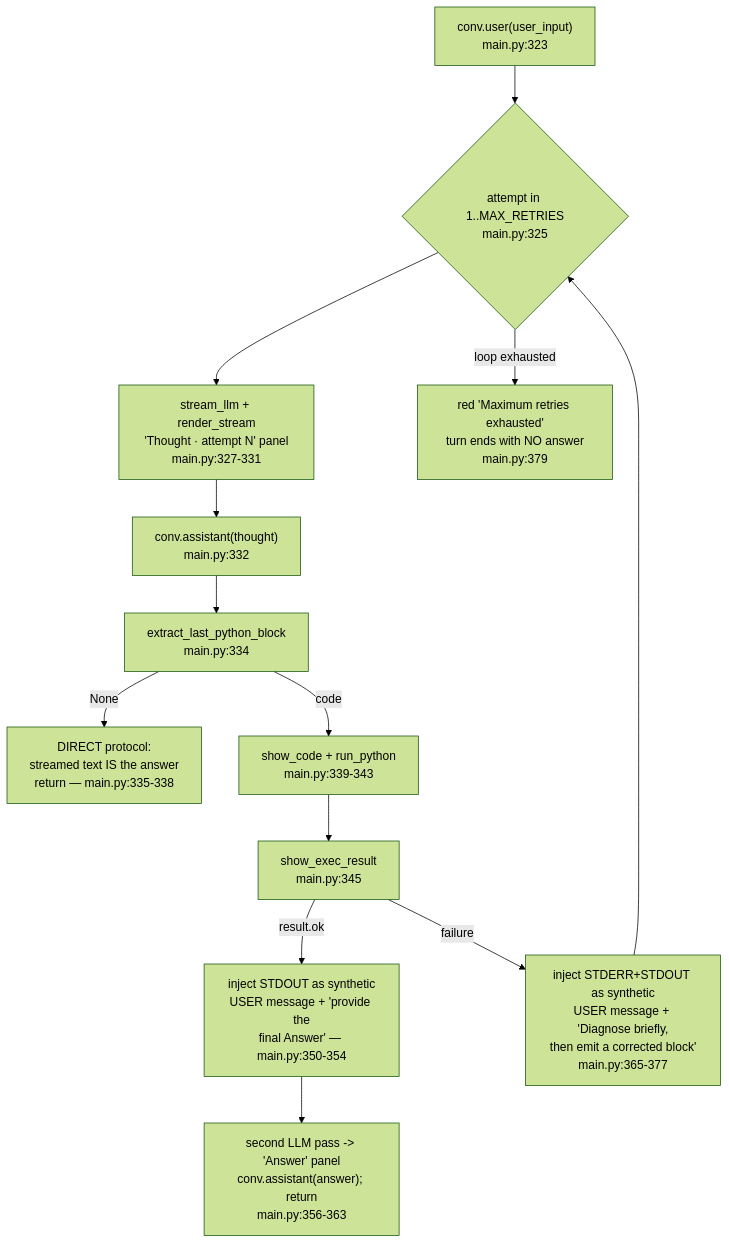
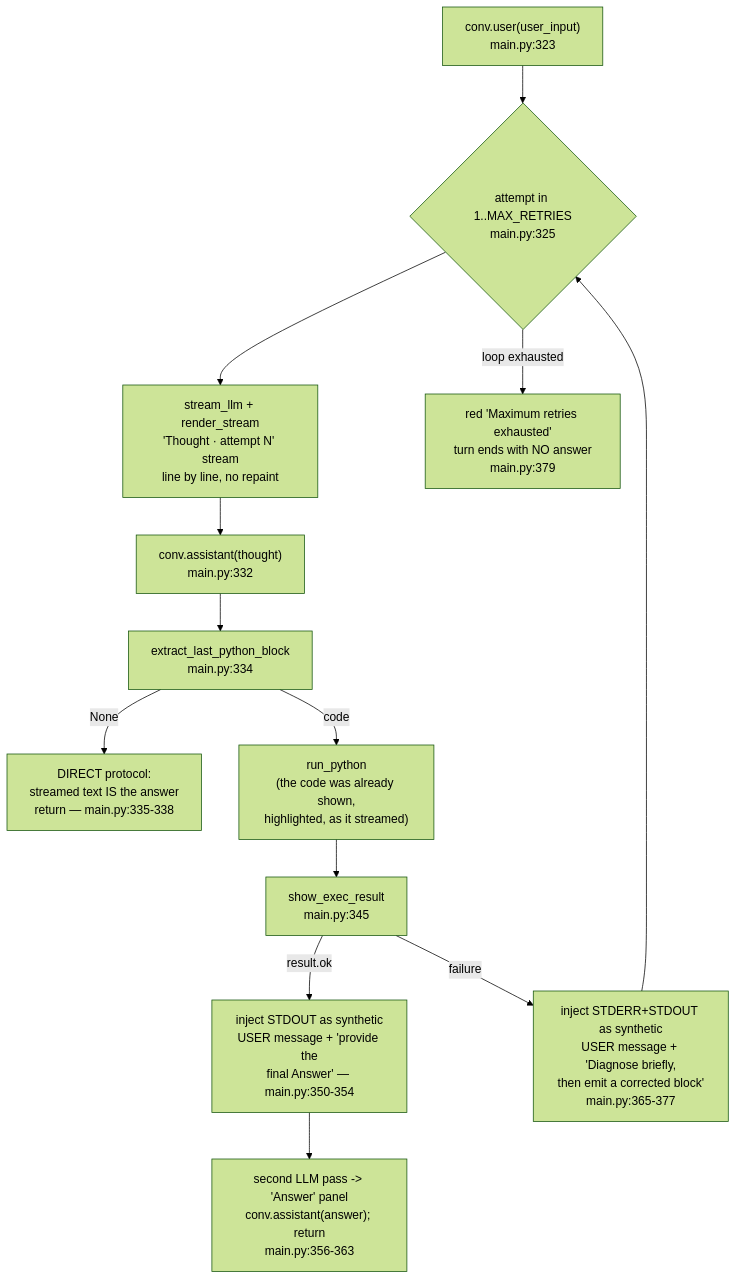
The first of 2 diagrams in .moai/project/structure.md (chunkang/coderunner.ai), drawn with Mermaid (forest theme) before and after one commit. The commit also changed other lines of this file and 3 other files, not shown here.

````diff
--- a/.moai/project/structure.md
+++ b/.moai/project/structure.md
@@ -99,15 +99,15 @@
 ```mermaid
 flowchart TD
     A["conv.user(user_input)<br/>main.py:323"] --> B{"attempt in 1..MAX_RETRIES<br/>main.py:325"}
-    B --> C["stream_llm + render_stream<br/>'Thought · attempt N' panel<br/>main.py:327-331"]
+    B --> C["stream_llm + render_stream<br/>'Thought · attempt N' stream<br/>line by line, no repaint"]
     C --> D["conv.assistant(thought)<br/>main.py:332"]
     D --> E["extract_last_python_block<br/>main.py:334"]
     E -->|"None"| F["DIRECT protocol:<br/>streamed text IS the answer<br/>return — main.py:335-338"]
-    E -->|"code"| G["show_code + run_python<br/>main.py:339-343"]
+    E -->|"code"| G["run_python<br/>(the code was already shown,<br/>highlighted, as it streamed)"]
     G --> H["show_exec_result<br/>main.py:345"]
     H -->|"result.ok"| I["inject STDOUT as synthetic<br/>USER message + 'provide the<br/>final Answer' — main.py:350-354"]
     I --> J["second LLM pass -> 'Answer' panel<br/>conv.assistant(answer); return<br/>main.py:356-363"]
     H -->|"failure"| K["inject STDERR+STDOUT as synthetic<br/>USER message + 'Diagnose briefly,<br/>then emit a corrected block'<br/>main.py:365-377"]
     K --> B
     B -->|"loop exhausted"| L["red 'Maximum retries exhausted'<br/>turn ends with NO answer<br/>main.py:379"]
 ```
````
